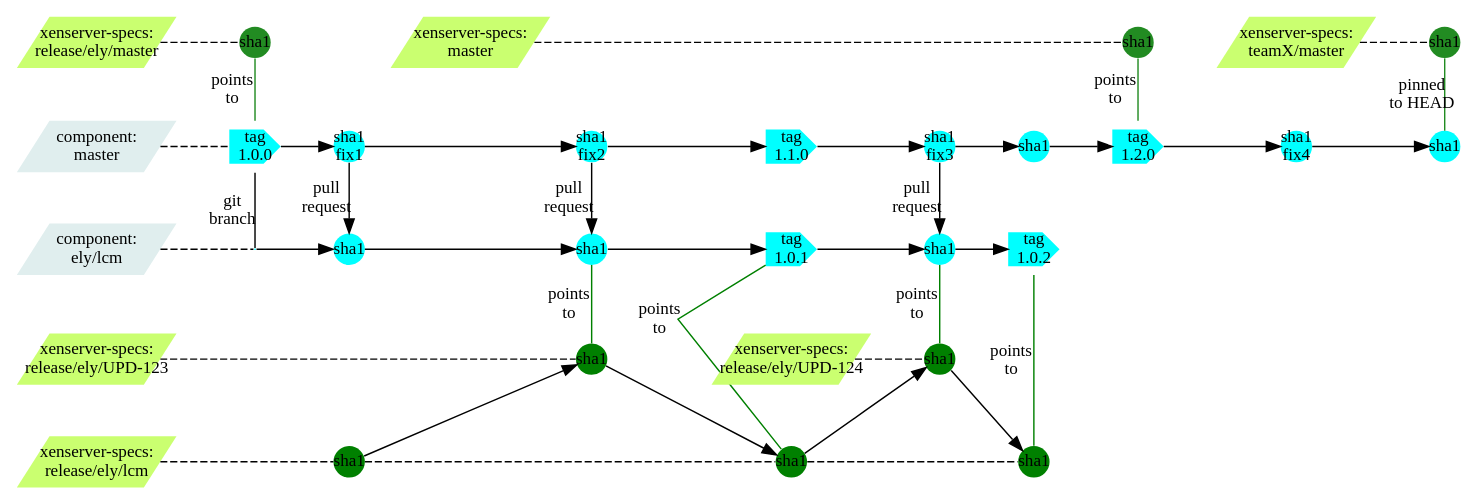
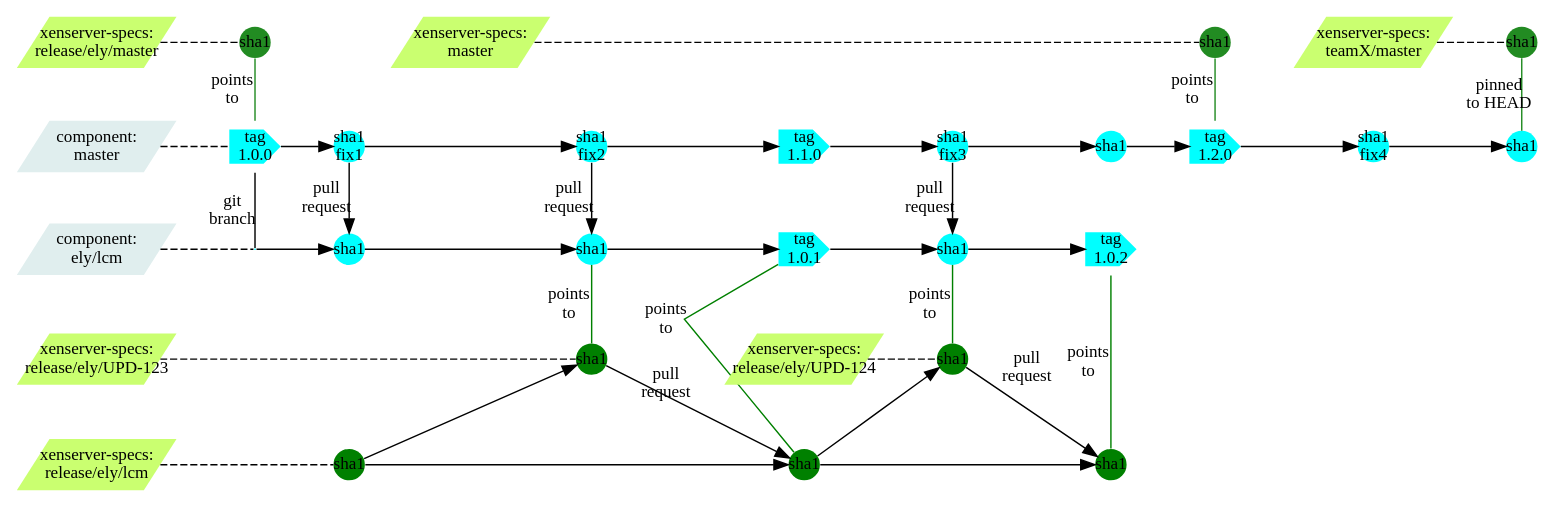
One commit to philippegabriel/XFormerBranchGraph changed the diagram in XformerLCM1.dot. Above: the diagram before and after it, drawn with Graphviz. The commit also changed 1 other file, not shown here.

```diff
--- a/XformerLCM1.dot
+++ b/XformerLCM1.dot
@@ -1,101 +1,101 @@
 strict digraph g{
 rankdir="LR";
 //nodesep=0.5;
 //ranksep=0.25;
 splines=line;
 forcelabels=false;
 
 // general
 node [style=filled, color="black", fontcolor="black", font="Consolas", fontsize="12pt",fixedsize=false,penwidth=0];
 edge [style=filled, color="black", fontcolor="black", font="Consolas", fontsize="12pt"];
 
 // tags
 //node [shape=circle,width=0, height=0, margin="0.05"];
 node [width=0.3, height=0.3, fixedsize=true, shape=circle,penwidth=0]
 node [fillcolor=forestgreen];
 xsm1 [label="sha1"];
 xstx [label="sha1"];
 xsre [label="sha1"];
 node [fillcolor="cyan"];
 cma1 [shape=cds,width=0.5, height=0.5,label="tag\n1.0.0"];
 //node [width=0.3, height=0.3, fixedsize=true, shape=circle,penwidth=0]
 cma2 [label="sha1\nfix1"];
 cma3 [label="sha1\nfix2"];
 cma4 [shape=cds,width=0.5, height=0.5,label="tag\n1.1.0"];
 cma5 [label="sha1\nfix3"];
 cma6 [label="sha1"];
 cma7 [shape=cds,width=0.5, height=0.5,label="tag\n1.2.0"];
 cma8 [label="sha1\nfix4"];
 cma9 [label="sha1"];
 clcm1 [width=0, height=0,shape=none,label=""];
 clcm1a [label="sha1"];
 clcm1b [label="sha1"];
 clcm2 [shape=cds,width=0.5, height=0.5,label="tag\n1.0.1"];
 clcm2a [label="sha1"];
 clcm3 [shape=cds,width=0.5, height=0.5,label="tag\n1.0.2"];
 node [fillcolor="green"];
 node [shape=circle];
 upd0 [label="sha1"];
 upd1 [label="sha1"];
 xlcm0 [label="sha1"];
 xlcm1 [label="sha1"];
 xlcm2 [label="sha1"];
 // branch names
 node [width=1.5, height=0.5,shape=parallelogram,penwidth=0]
 //node [color="#b0b0b0", style=dashed, arrowhead=none,fixedsize=false, penwidth=0, fillcolor=none, shape=none, width=0, height=0, margin="0.05"];
 XenserverSpecsTeamX[label="xenserver-specs:\nteamX/master",fillcolor="darkolivegreen1"];
 XenserverSpecsRelEly[label="xenserver-specs:\nrelease/ely/master",fillcolor="darkolivegreen1"];
 XenserverSpecsMaster[label="xenserver-specs:\nmaster",fillcolor="darkolivegreen1"];
 ComponentMaster[label="component:\nmaster",fillcolor="azure2"];
 ComponentLCM[label="component:\nely/lcm",fillcolor="azure2"];
 XSSpecsUPD1[label="xenserver-specs:\nrelease/ely/UPD-123",fillcolor="darkolivegreen1"];
 XSSpecsUPD2[label="xenserver-specs:\nrelease/ely/UPD-124",fillcolor="darkolivegreen1"];
 XSSpecsLCM[label="xenserver-specs:\nrelease/ely/lcm",fillcolor="darkolivegreen1"];
 
 //graph
 subgraph{
 node [color="#b0b0b0", style=dashed, arrowhead=none];
 edge [style="invis"];
 rank=same;
 XenserverSpecsRelEly -> ComponentMaster -> ComponentLCM -> XSSpecsUPD1  -> XSSpecsLCM;
 }
 //edge [color="#b0b0b0", style=dashed, arrowhead=none ];
 edge [style=dashed, arrowhead=none ,weight=100];
 XenserverSpecsRelEly -> xsre;
 xsre -> XenserverSpecsMaster [style="invis"];
 XenserverSpecsMaster -> xsm1;
 xsm1 -> XenserverSpecsTeamX [style="invis"];
 XenserverSpecsTeamX -> xstx;
 ComponentMaster -> cma1;
 ComponentLCM -> clcm1;
 XSSpecsUPD1 -> upd0;
 upd0 -> XSSpecsUPD2 [style="invis"];
 XSSpecsUPD2 -> upd1;
-XSSpecsLCM -> xlcm0 -> xlcm1 -> xlcm2;
+XSSpecsLCM -> xlcm0;
 edge [style=filled, arrowhead=normal];
 cma1 -> cma2 -> cma3 -> cma4 -> cma5 -> cma6 -> cma7 -> cma8 -> cma9;
 clcm1 -> clcm1a -> clcm1b -> clcm2 -> clcm2a -> clcm3;
+xlcm0 -> xlcm1 -> xlcm2;
 //Xenserver specs - master, release pointers
 edge [style=filled, arrowhead=none , weight=1;label="points\nto",color=forestgreen];
 subgraph{rank=same;xsre -> cma1;}
 subgraph{rank=same;xsm1 -> cma7;}
 subgraph{rank=same;xstx -> cma9 [label="pinned\nto HEAD"];}
 
 //Pull requests
 edge [style=filled, arrowhead=normal,color=black];
 edge [label="git\nbranch"];
 subgraph{rank=same;cma1 -> clcm1 [arrowhead=none];}
 edge [label="pull\nrequest"];
 subgraph{rank=same;cma2 -> clcm1a;}
 subgraph{rank=same;cma3 -> clcm1b;}
 subgraph{rank=same;cma5 -> clcm2a;}
-edge [label=""];
-xlcm0 -> upd0;
-upd0 -> xlcm1;
+xlcm0 -> upd0 [label=""];
+upd0 -> xlcm1 [label="pull\nrequest"];
 subgraph{rank=same;clcm1b -> upd0 [arrowhead=none ,label="points\nto",color=green];}
 subgraph{rank=same;clcm2 -> xlcm1 [arrowhead=none ,label="points\nto",color=green];}
-xlcm1 -> upd1;
-upd1 -> xlcm2;
+xlcm1 -> upd1 [label=""];
+upd1 -> xlcm2 [label="pull\nrequest"];
 subgraph{rank=same;clcm2a -> upd1 [arrowhead=none ,label="points\nto",color=green];}
 subgraph{rank=same;clcm3 -> xlcm2 [arrowhead=none ,label="points\nto",color=green];}
 }
```
